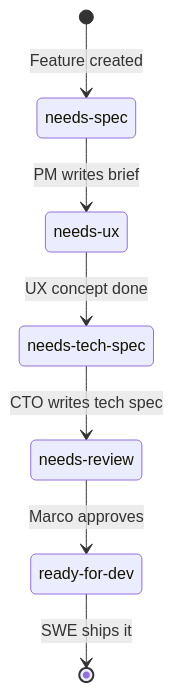
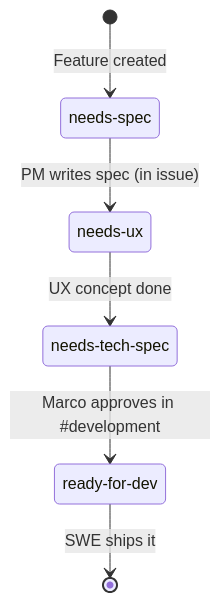
One commit to arc-eng/journeyloop-docs changed the diagram in docs/engineering/process.md. Above: the diagram before and after it, drawn with Mermaid. The commit also changed other lines of this file and 21 other files, not shown here.

Commit message:
docs: update dev workflow — retire needs-review label, #reviews channel, brief.md; spec in issue body; SWE creates plan.md

````diff
--- a/docs/engineering/process.md
+++ b/docs/engineering/process.md
@@ -84,15 +88,13 @@
 ```mermaid
 stateDiagram-v2
     [*] --> needs_spec : Feature created
-    needs_spec --> needs_ux : PM writes brief
+    needs_spec --> needs_ux : PM writes spec (in issue)
     needs_ux --> needs_tech_spec : UX concept done
-    needs_tech_spec --> needs_review : CTO writes tech spec
-    needs_review --> ready_for_dev : Marco approves
+    needs_tech_spec --> ready_for_dev : Marco approves in #development
     ready_for_dev --> [*] : SWE ships it
 
     needs_spec : needs-spec
     needs_ux : needs-ux
     needs_tech_spec : needs-tech-spec
-    needs_review : needs-review
     ready_for_dev : ready-for-dev
 ```
````
